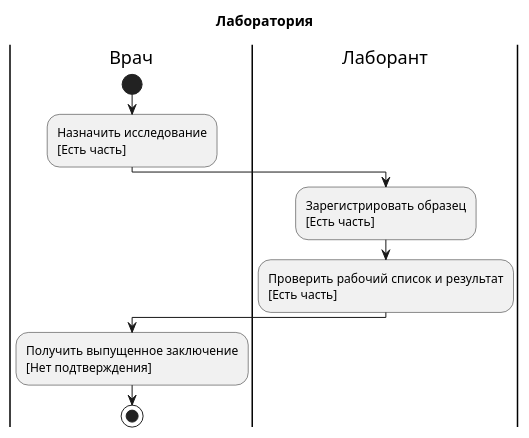
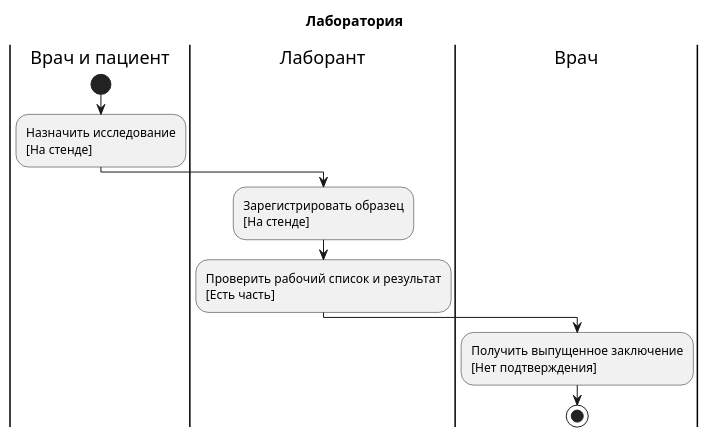
Before and after one commit to medbookdev/medbook-readiness: the diagram in lab.puml, drawn with PlantUML. The commit also changed 13 other files, not shown here.

```diff
--- a/lab.puml
+++ b/lab.puml
@@ -1,14 +1,14 @@
 @startuml
 title Лаборатория
-|Врач|
+|Врач и пациент|
 start
-|Врач|
-:Назначить исследование\n[Есть часть];
+|Врач и пациент|
+:Назначить исследование\n[На стенде];
 |Лаборант|
-:Зарегистрировать образец\n[Есть часть];
+:Зарегистрировать образец\n[На стенде];
 |Лаборант|
 :Проверить рабочий список и результат\n[Есть часть];
 |Врач|
 :Получить выпущенное заключение\n[Нет подтверждения];
 stop
 @enduml
```
